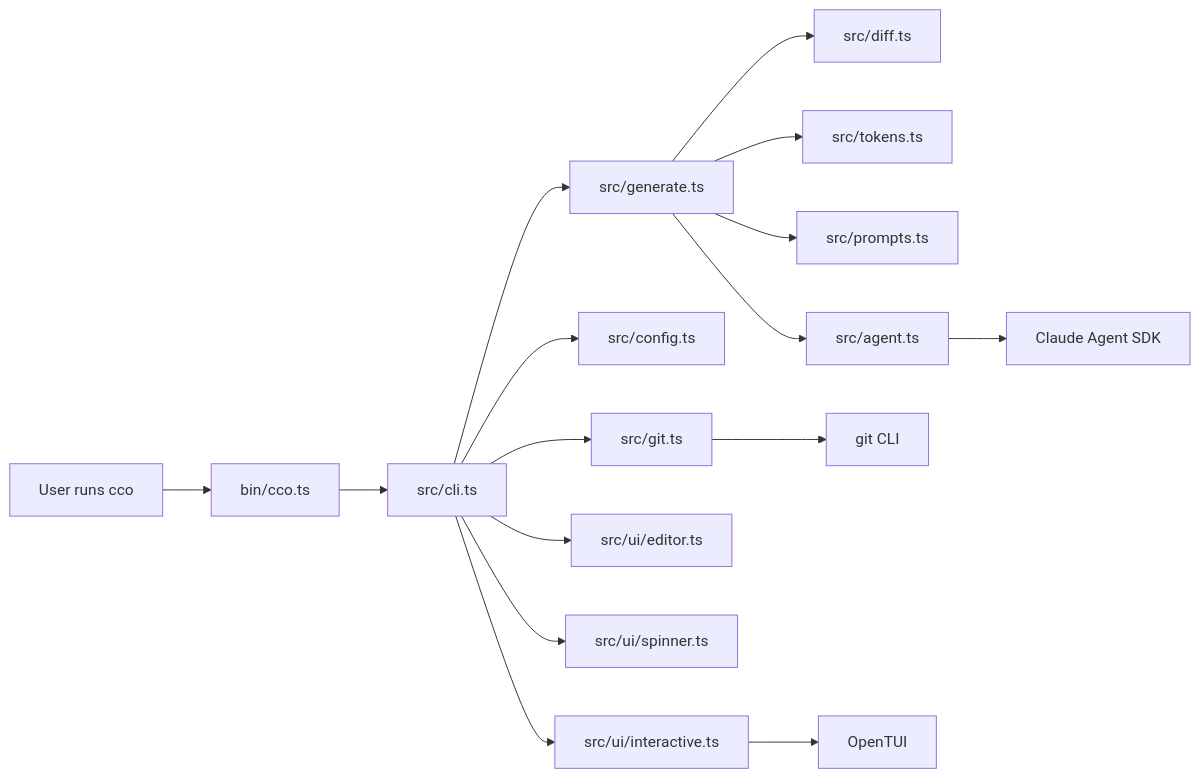
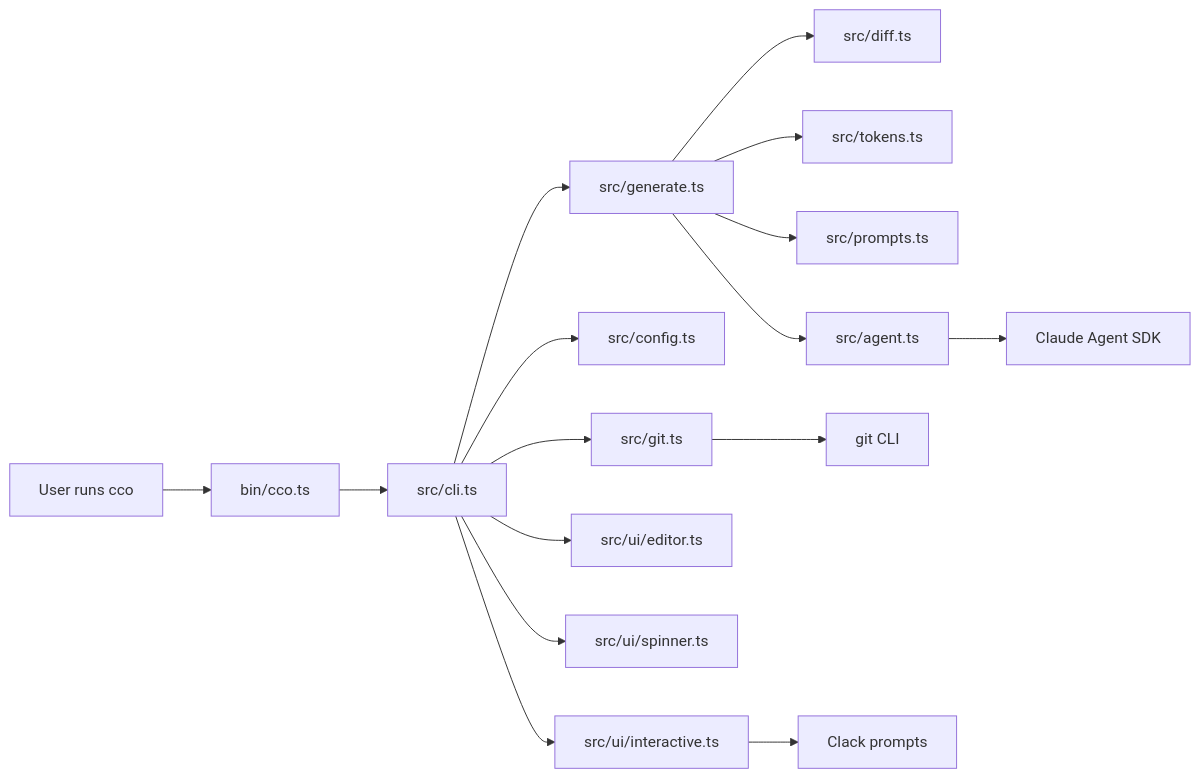
Before and after one commit to synmux/claude-commit: the first of 7 diagrams in WALKTHROUGH.md, drawn with Mermaid. The commit also changed other lines of this file and 56 other files, not shown here.

````diff
--- a/WALKTHROUGH.md
+++ b/WALKTHROUGH.md
@@ -50,21 +51,21 @@
 ```mermaid
 flowchart LR
   user[User runs cco] --> bin[bin/cco.ts]
   bin --> cli[src/cli.ts]
 
   cli --> git[src/git.ts]
   cli --> config[src/config.ts]
   cli --> generate[src/generate.ts]
   cli --> editor[src/ui/editor.ts]
   cli --> spinner[src/ui/spinner.ts]
   cli --> interactive[src/ui/interactive.ts]
 
   generate --> diff[src/diff.ts]
   generate --> tokens[src/tokens.ts]
   generate --> prompts[src/prompts.ts]
   generate --> agent[src/agent.ts]
 
   agent --> sdk[Claude Agent SDK]
   git --> gitcli[git CLI]
-  interactive --> opentui[OpenTUI]
+  interactive --> clack[Clack prompts]
 ```
````
